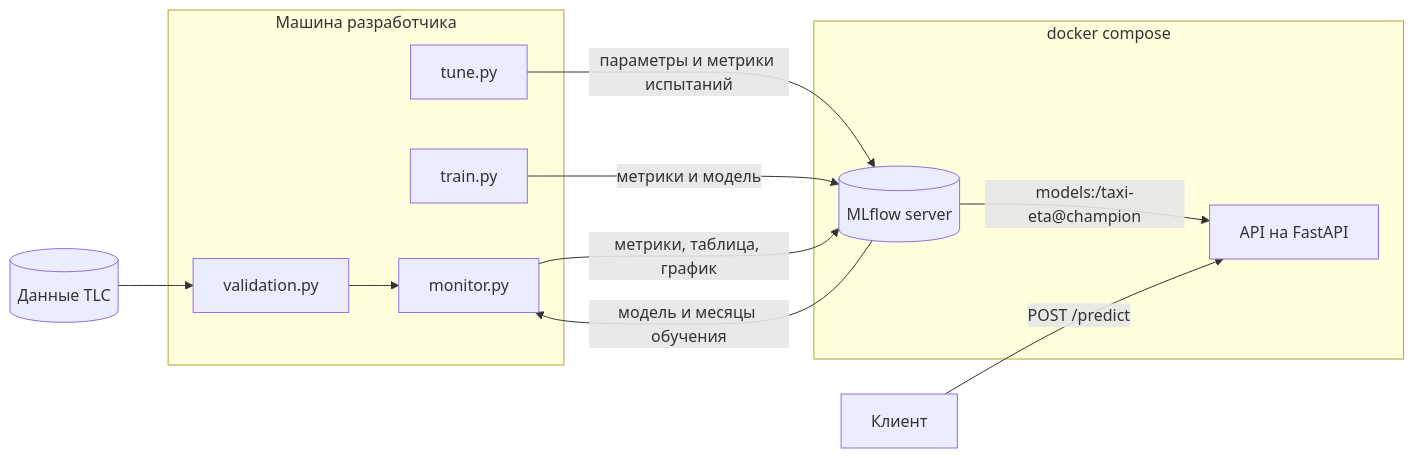
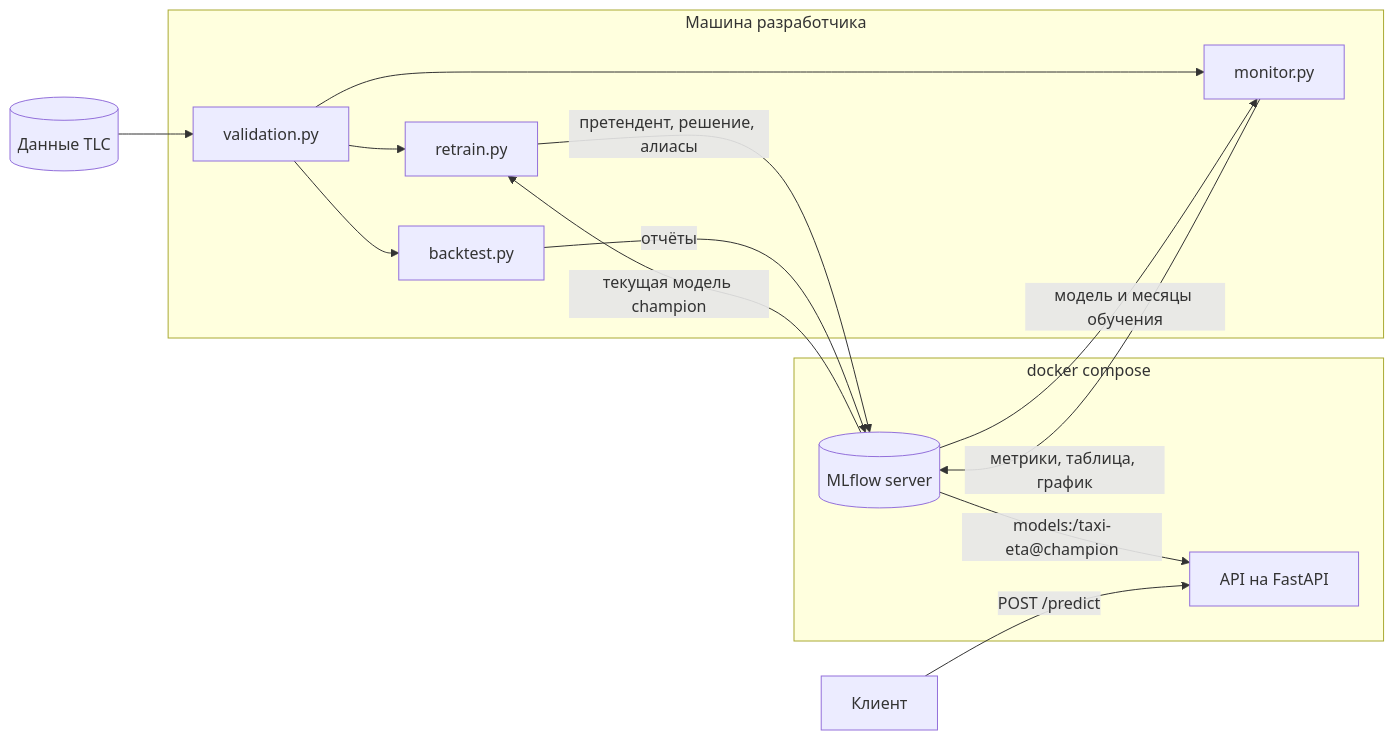
The diagram in README.md (purringcoal/nyc-taxi-eta), drawn with Mermaid before and after one commit. The commit also changed other lines of this file, not shown here.

Commit message:
README: годовая модель, переобучение, бэктест стратегий

````diff
--- a/README.md
+++ b/README.md
@@ -75,21 +71,24 @@
 ```mermaid
 flowchart LR
     subgraph local[Машина разработчика]
         V[validation.py]
-        T[tune.py]
-        D[train.py]
+        RT[retrain.py]
         MON[monitor.py]
+        BT[backtest.py]
     end
     subgraph compose[docker compose]
         M[(MLflow server)]
         A[API на FastAPI]
     end
     R[(Данные TLC)] --> V
+    V --> RT
     V --> MON
-    T -- параметры и метрики испытаний --> M
-    D -- метрики и модель --> M
+    V --> BT
+    RT -- претендент, решение, алиасы --> M
+    M -- текущая модель champion --> RT
     M -- models:/taxi-eta@champion --> A
     M -- модель и месяцы обучения --> MON
     MON -- метрики, таблица, график --> M
+    BT -- отчёты --> M
     U[Клиент] -- POST /predict --> A
 ```
````
